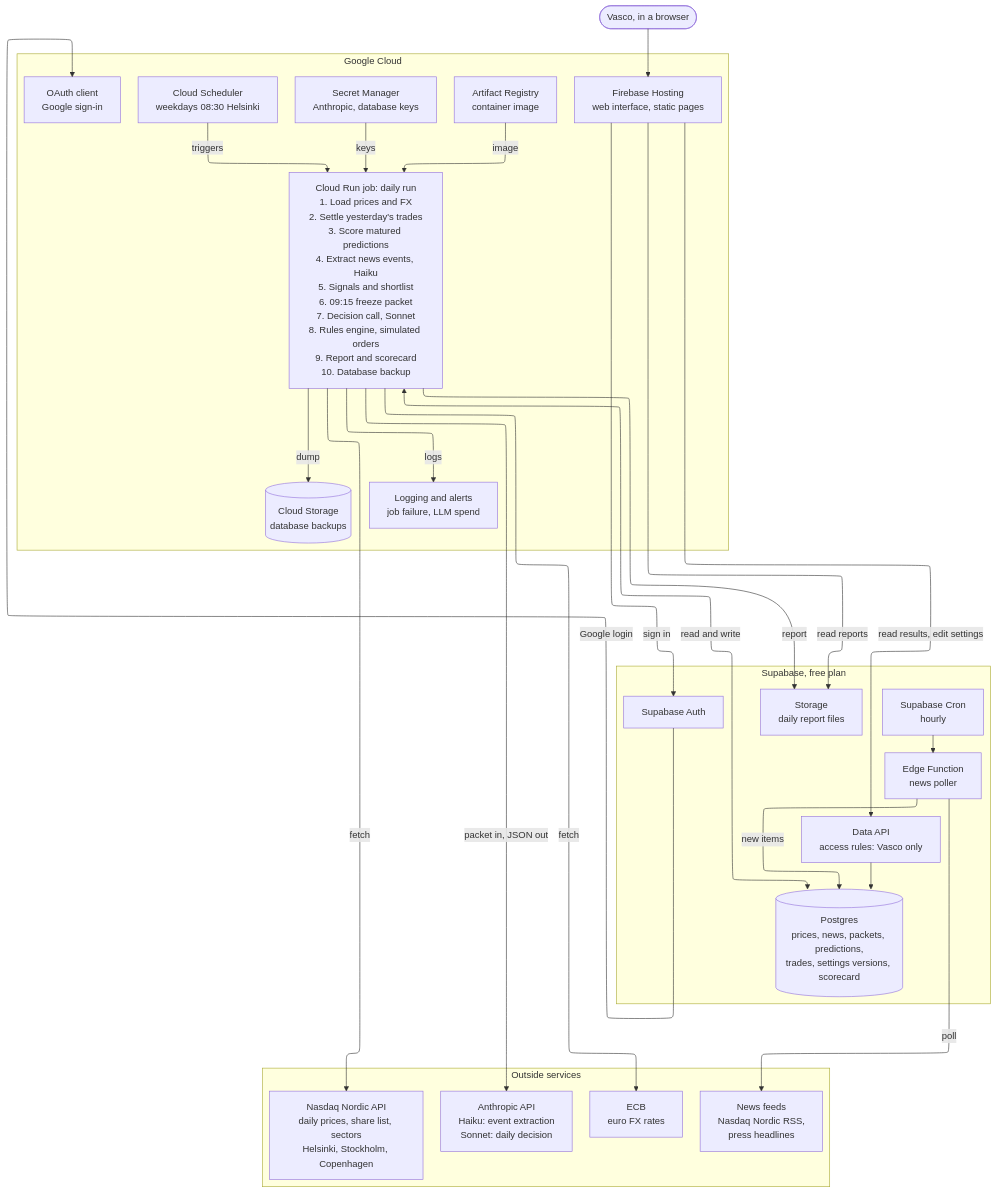
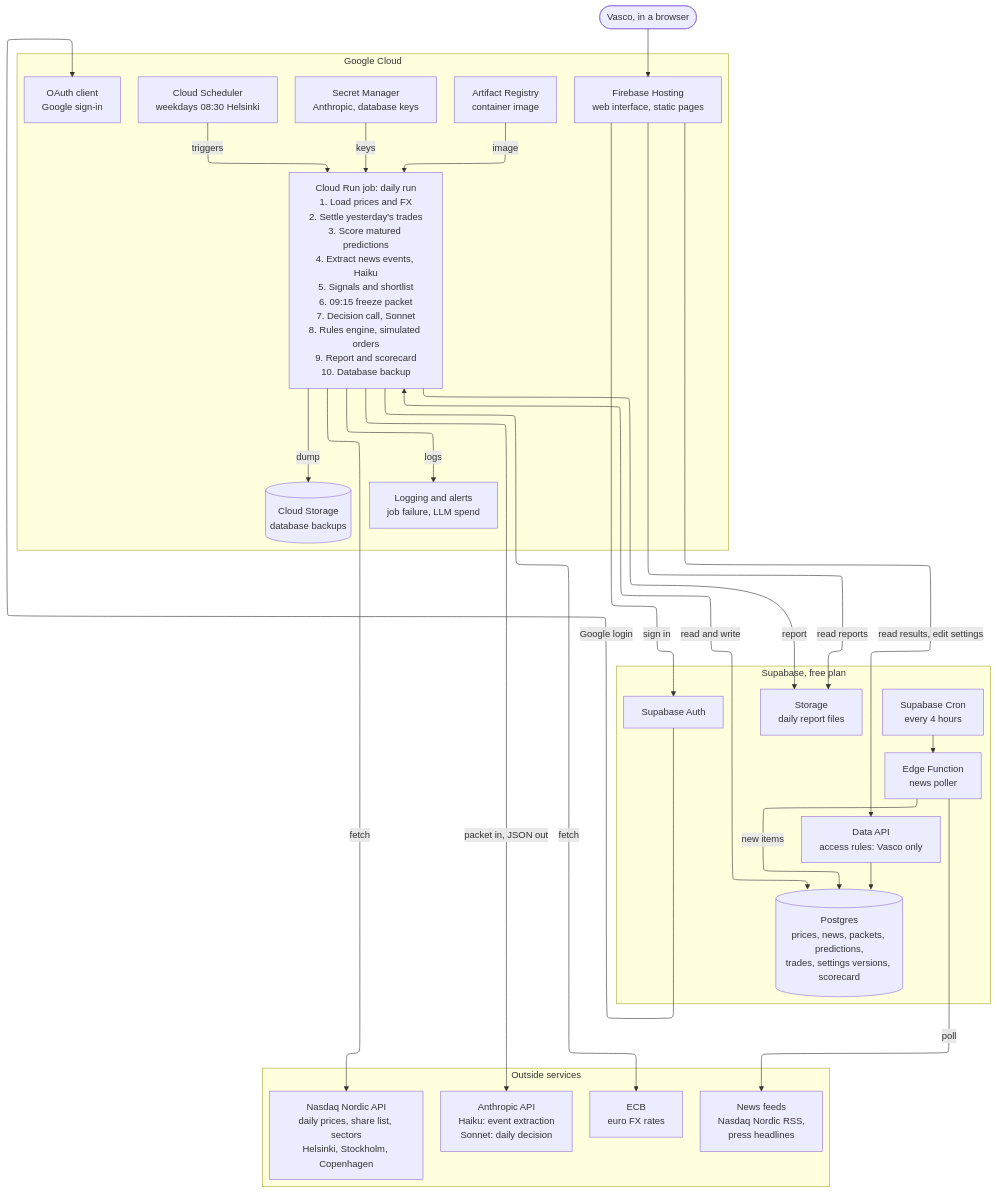
Before and after one commit to vcorr/investment-planner: the diagram in docs/architecture.md, drawn with Mermaid. The commit also changed 6 other files, not shown here.

First line of the commit message:
Poll company announcements every 4 hours

````diff
--- a/docs/architecture.md
+++ b/docs/architecture.md
@@ -5,64 +5,64 @@
 ```mermaid
 ---
 config:
   layout: elk
 ---
 flowchart TB
     vasco([Vasco, in a browser])
 
     subgraph google[Google Cloud]
         direction TB
         scheduler[Cloud Scheduler<br/>weekdays 08:30 Helsinki]
         registry[Artifact Registry<br/>container image]
         secrets[Secret Manager<br/>Anthropic, database keys]
         job["Cloud Run job: daily run<br/>1. Load prices and FX<br/>2. Settle yesterday's trades<br/>3. Score matured predictions<br/>4. Extract news events, Haiku<br/>5. Signals and shortlist<br/>6. 09:15 freeze packet<br/>7. Decision call, Sonnet<br/>8. Rules engine, simulated orders<br/>9. Report and scorecard<br/>10. Database backup"]
         alerts[Logging and alerts<br/>job failure, LLM spend]
         backup[(Cloud Storage<br/>database backups)]
         hosting[Firebase Hosting<br/>web interface, static pages]
         oauth[OAuth client<br/>Google sign-in]
     end
 
     subgraph supabase[Supabase, free plan]
         direction TB
-        cron[Supabase Cron<br/>hourly]
+        cron[Supabase Cron<br/>every 4 hours]
         poller[Edge Function<br/>news poller]
         db[(Postgres<br/>prices, news, packets, predictions,<br/>trades, settings versions, scorecard)]
         api[Data API<br/>access rules: Vasco only]
         auth[Supabase Auth]
         storage[Storage<br/>daily report files]
     end
 
     subgraph external[Outside services]
         nasdaq[Nasdaq Nordic API<br/>daily prices, share list, sectors<br/>Helsinki, Stockholm, Copenhagen]
         ecb[ECB<br/>euro FX rates]
         anthropic[Anthropic API<br/>Haiku: event extraction<br/>Sonnet: daily decision]
         news[News feeds<br/>Nasdaq Nordic RSS,<br/>press headlines]
     end
 
     %% Scheduling and deployment
     scheduler -->|triggers| job
     registry -->|image| job
     secrets -->|keys| job
     job -->|logs| alerts
 
     %% Daily run
     job -->|fetch| nasdaq
     job -->|fetch| ecb
     job -->|packet in, JSON out| anthropic
     job <-->|read and write| db
     job -->|report| storage
     job -->|dump| backup
 
     %% News collection
     cron --> poller
     poller -->|poll| news
     poller -->|new items| db
 
     %% Web interface
     vasco --> hosting
     hosting -->|sign in| auth
     auth -->|Google login| oauth
     hosting -->|read results, edit settings| api
     api --> db
     hosting -->|read reports| storage
 ```
````
